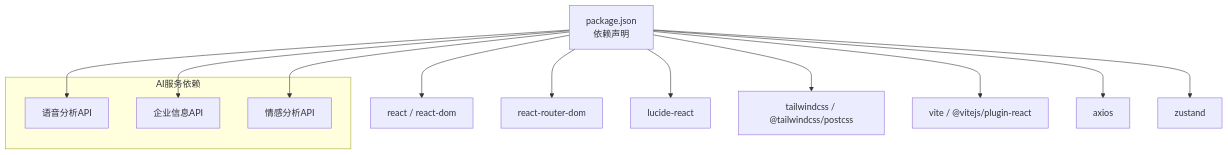
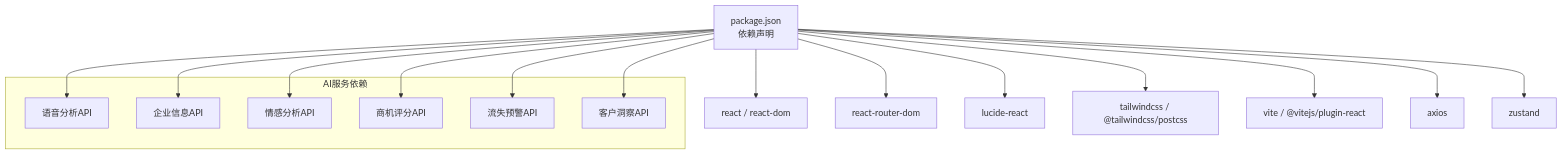
Diagram 11 of 11 in .qoder/repowiki/zh/content/核心组件/核心组件.md (xianjianshenqu/SalesFlow-CRM), drawn with Mermaid before and after one commit. The commit also changed other lines of this file and 36 other files, not shown here.

````diff
--- a/.qoder/repowiki/zh/content/核心组件/核心组件.md
+++ b/.qoder/repowiki/zh/content/核心组件/核心组件.md
@@ -349,18 +696,24 @@
 ```mermaid
 graph TB
 P["package.json<br/>依赖声明"] --> R["react / react-dom"]
 P --> RR["react-router-dom"]
 P --> I["lucide-react"]
 P --> T["tailwindcss / @tailwindcss/postcss"]
 P --> V["vite / @vitejs/plugin-react"]
 P --> AX["axios"]
 P --> Z["zustand"]
 subgraph "AI服务依赖"
 A1["语音分析API"]
 A2["企业信息API"]
 A3["情感分析API"]
+A4["商机评分API"]
+A5["流失预警API"]
+A6["客户洞察API"]
 end
 P --> A1
 P --> A2
 P --> A3
+P --> A4
+P --> A5
+P --> A6
 ```
````
